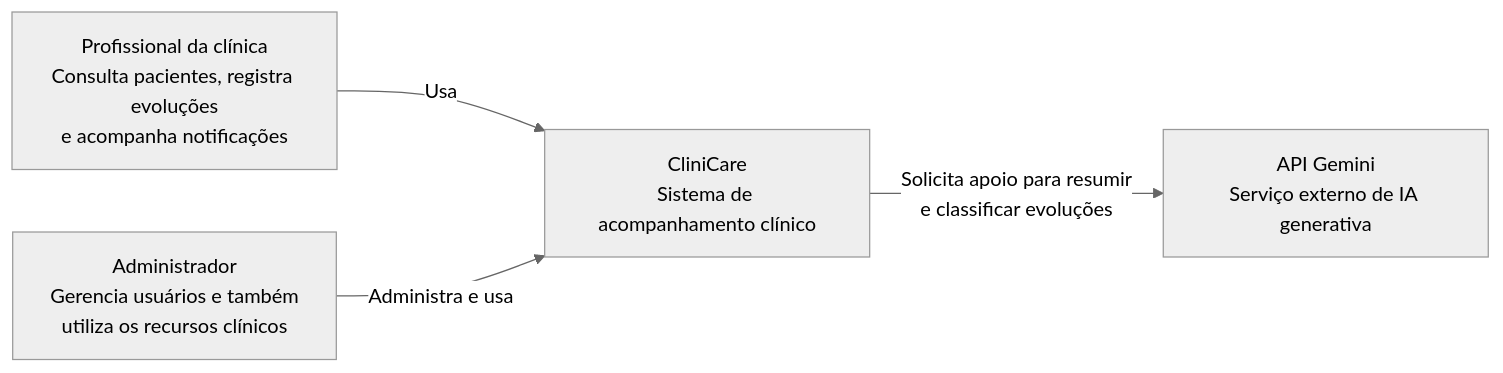
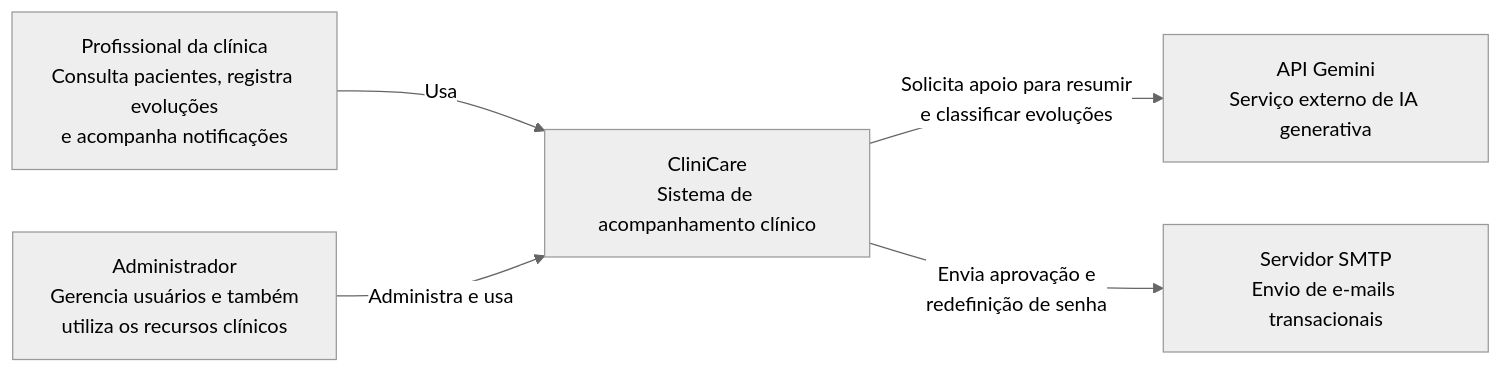
One commit to C-Fernandes/CliniCare changed the first of 3 diagrams in README.md. Above: the diagram before and after it, drawn with Mermaid (neutral theme). The commit also changed other lines of this file and 45 other files, not shown here.

Commit message:
feat: Adicionando validação de usuario e redefinição de senha

````diff
--- a/README.md
+++ b/README.md
@@ -41,11 +43,13 @@
 ```mermaid
 flowchart LR
     professional["Profissional da clínica<br/>Consulta pacientes, registra evoluções<br/>e acompanha notificações"]
     admin["Administrador<br/>Gerencia usuários e também<br/>utiliza os recursos clínicos"]
     system["CliniCare<br/>Sistema de acompanhamento clínico"]
     gemini["API Gemini<br/>Serviço externo de IA generativa"]
+    email["Servidor SMTP<br/>Envio de e-mails transacionais"]
 
     professional -->|"Usa"| system
     admin -->|"Administra e usa"| system
     system -->|"Solicita apoio para resumir<br/>e classificar evoluções"| gemini
+    system -->|"Envia aprovação e<br/>redefinição de senha"| email
 ```
````
